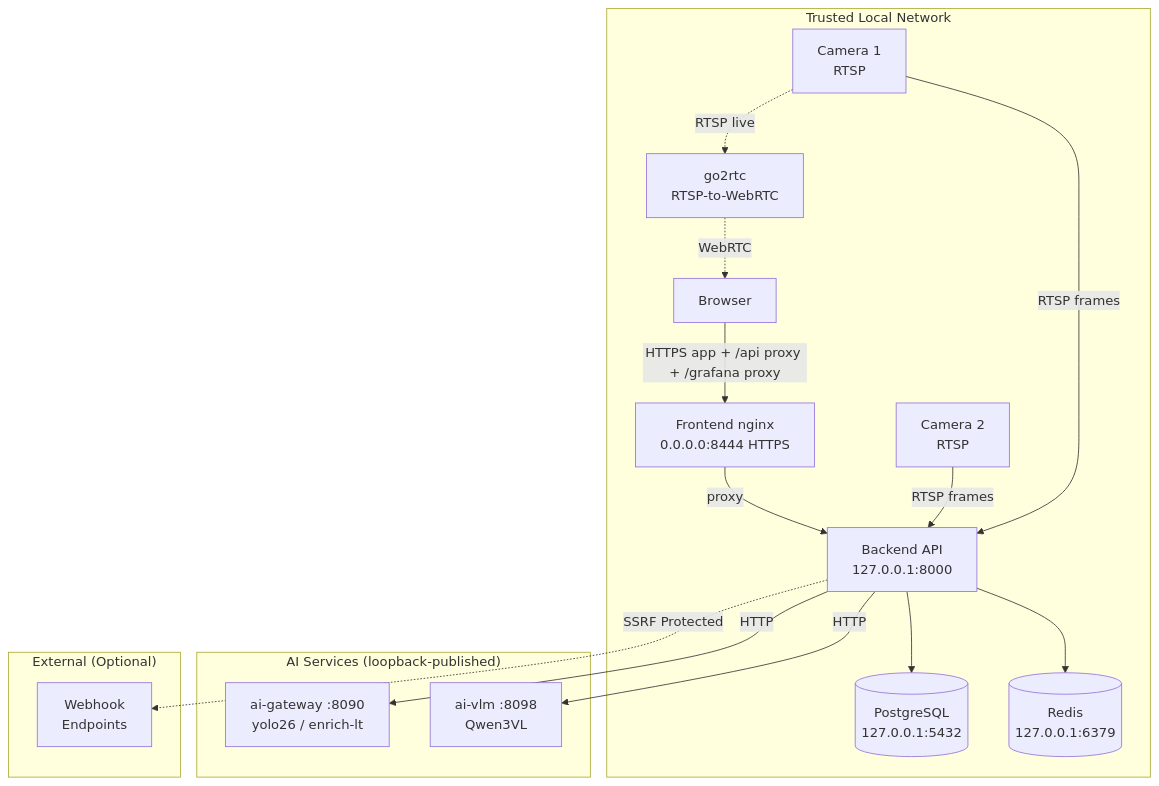
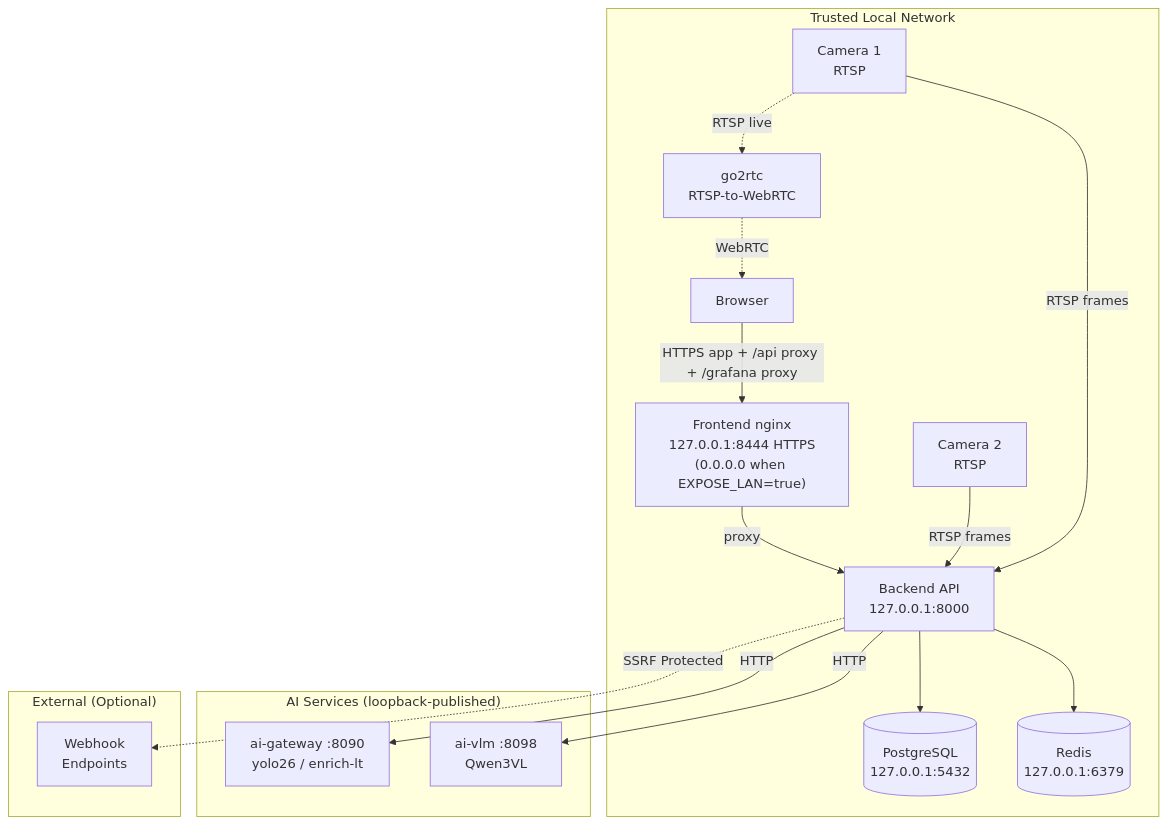
The diagram in docs/architecture/security/network-security.md (mikesvoboda/nemotron-v3-home-security-intelligence), drawn with Mermaid before and after one commit. The commit also changed other lines of this file and 12 other files, not shown here.

````diff
--- a/docs/architecture/security/network-security.md
+++ b/docs/architecture/security/network-security.md
@@ -28,34 +28,34 @@
 ```mermaid
 flowchart TB
     subgraph TrustedNetwork["Trusted Local Network"]
         CAM1[Camera 1<br/>RTSP]
         CAM2[Camera 2<br/>RTSP]
         BROWSER[Browser]
-        FRONTEND[Frontend nginx<br/>0.0.0.0:8444 HTTPS]
+        FRONTEND["Frontend nginx<br/>127.0.0.1:8444 HTTPS<br/>(0.0.0.0 when EXPOSE_LAN=true)"]
         BACKEND[Backend API<br/>127.0.0.1:8000]
         GO2RTC[go2rtc<br/>RTSP-to-WebRTC]
         DB[(PostgreSQL<br/>127.0.0.1:5432)]
         REDIS[(Redis<br/>127.0.0.1:6379)]
     end
 
     subgraph AIServices["AI Services (loopback-published)"]
         GATEWAY[ai-gateway :8090<br/>yolo26 / enrich-lt]
         VLM[ai-vlm :8098<br/>Qwen3VL]
     end
 
     subgraph External["External (Optional)"]
         WEBHOOK[Webhook<br/>Endpoints]
     end
 
     CAM1 -->|RTSP frames| BACKEND
     CAM2 -->|RTSP frames| BACKEND
     CAM1 -.->|RTSP live| GO2RTC
     GO2RTC -.->|WebRTC| BROWSER
     BROWSER -->|HTTPS app + /api proxy + /grafana proxy| FRONTEND
     FRONTEND -->|proxy| BACKEND
     BACKEND --> DB
     BACKEND --> REDIS
     BACKEND -->|HTTP| GATEWAY
     BACKEND -->|HTTP| VLM
     BACKEND -.->|SSRF Protected| WEBHOOK
 ```
````
